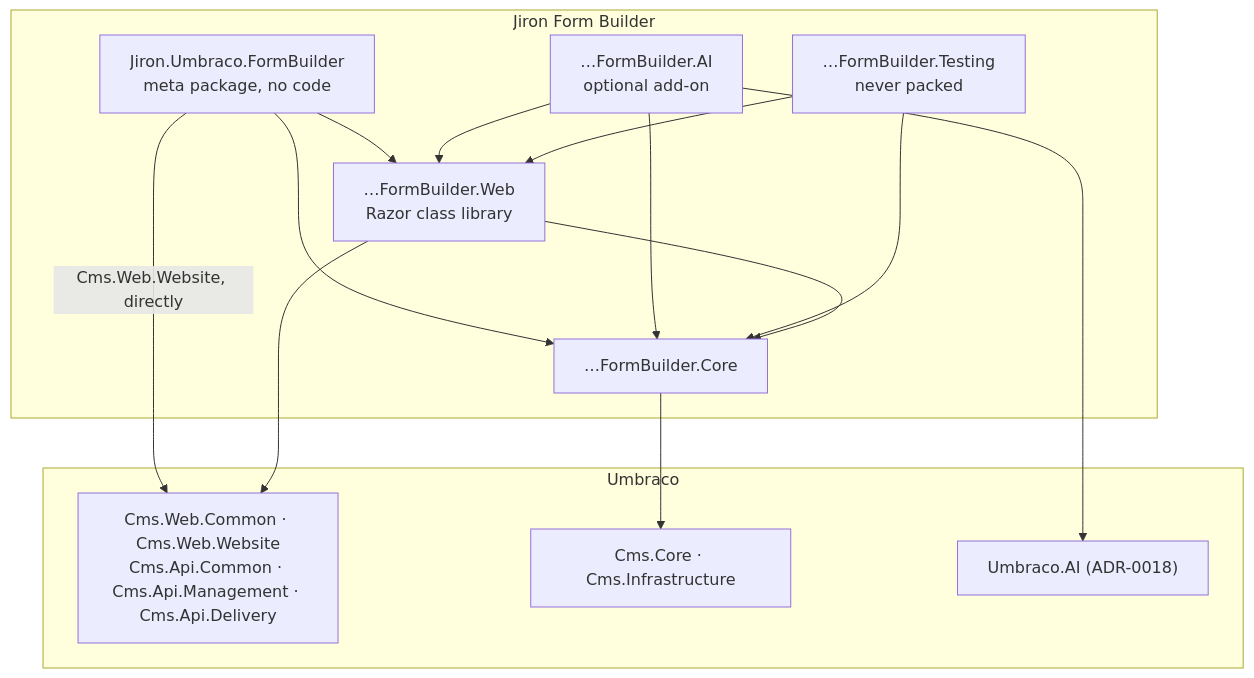
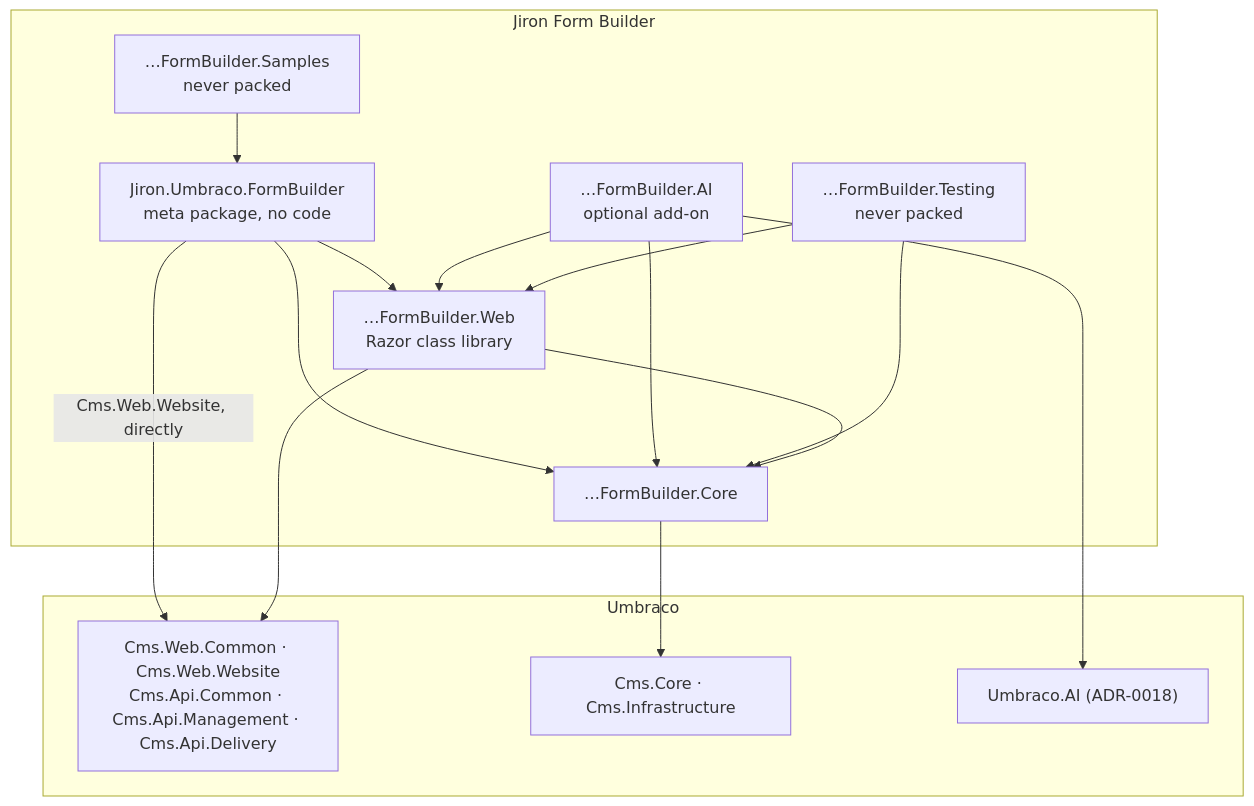
The first of 4 diagrams in docs/architecture.md (Jiron/Jiron.Umbraco.FormBuilder), drawn with Mermaid before and after one commit. The commit also changed other lines of this file and 24 other files, not shown here.

````diff
--- a/docs/architecture.md
+++ b/docs/architecture.md
@@ -33,26 +34,28 @@
 ```mermaid
 flowchart TB
   subgraph ours["Jiron Form Builder"]
     meta["Jiron.Umbraco.FormBuilder<br/>meta package, no code"]
     ai["…FormBuilder.AI<br/>optional add-on"]
     testing["…FormBuilder.Testing<br/>never packed"]
+    samples["…FormBuilder.Samples<br/>never packed"]
     web["…FormBuilder.Web<br/>Razor class library"]
     core["…FormBuilder.Core"]
   end
   subgraph umbraco["Umbraco"]
     umbWeb["Cms.Web.Common · Cms.Web.Website<br/>Cms.Api.Common · Cms.Api.Management · Cms.Api.Delivery"]
     umbCore["Cms.Core · Cms.Infrastructure"]
     umbAi["Umbraco.AI (ADR-0018)"]
   end
   meta --> web
   meta --> core
   meta -- "Cms.Web.Website, directly" --> umbWeb
   ai --> web
   ai --> core
   ai --> umbAi
+  samples --> meta
   testing --> web
   testing --> core
   web --> core
   web --> umbWeb
   core --> umbCore
 ```
````
